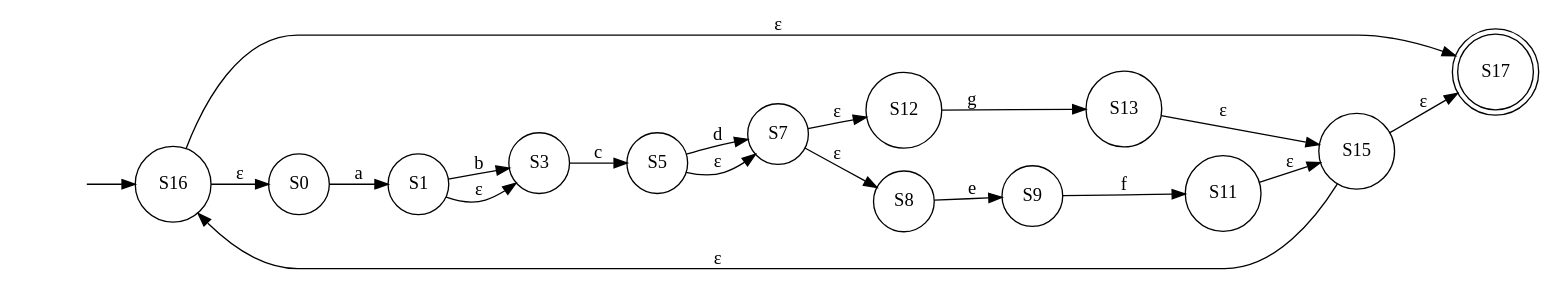
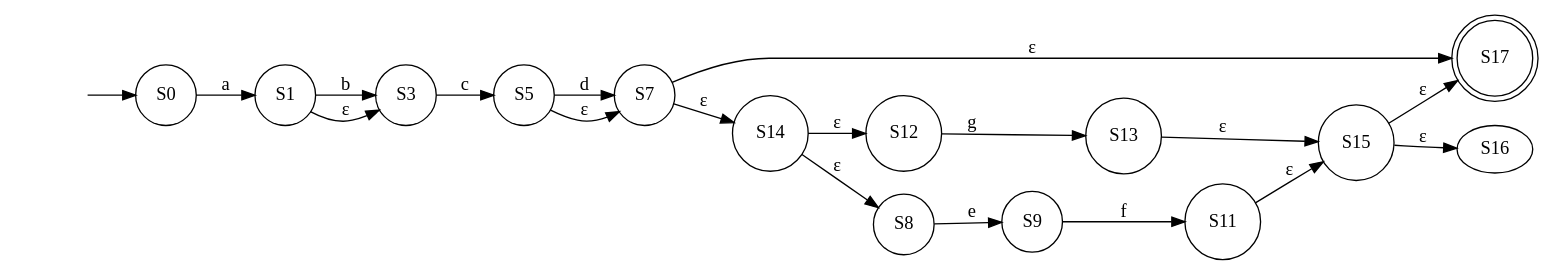
The diagram in NFA.gv (youssefhassan01/Compilers_Assignment), drawn with Graphviz before and after one commit. The commit also changed 2 other files, not shown here.

```diff
--- a/NFA.gv
+++ b/NFA.gv
@@ -1,35 +1,35 @@
 digraph NFA {
 	graph [rankdir=LR]
 	"" [label="" shape=plaintext]
 	S17 [label=S17 shape=doublecircle]
+	S1 [label=S1 shape=circle]
+	S3 [label=S3 shape=circle]
+	S14 [label=S14 shape=circle]
 	S11 [label=S11 shape=circle]
-	S5 [label=S5 shape=circle]
-	S16 [label=S16 shape=circle]
-	S3 [label=S3 shape=circle]
+	S13 [label=S13 shape=circle]
+	S9 [label=S9 shape=circle]
 	S0 [label=S0 shape=circle]
-	S15 [label=S15 shape=circle]
-	S13 [label=S13 shape=circle]
-	S1 [label=S1 shape=circle]
 	S12 [label=S12 shape=circle]
 	S7 [label=S7 shape=circle]
-	S9 [label=S9 shape=circle]
+	S15 [label=S15 shape=circle]
+	S5 [label=S5 shape=circle]
 	S8 [label=S8 shape=circle]
-	"" -> S16 [label=""]
+	"" -> S0 [label=""]
 	S0 -> S1 [label=a]
 	S1 -> S3 [label=b]
 	S1 -> S3 [label="ε"]
 	S3 -> S5 [label=c]
 	S5 -> S7 [label=d]
 	S5 -> S7 [label="ε"]
-	S7 -> S12 [label="ε"]
-	S7 -> S8 [label="ε"]
+	S7 -> S17 [label="ε"]
+	S7 -> S14 [label="ε"]
 	S8 -> S9 [label=e]
 	S9 -> S11 [label=f]
 	S11 -> S15 [label="ε"]
 	S12 -> S13 [label=g]
 	S13 -> S15 [label="ε"]
+	S14 -> S12 [label="ε"]
+	S14 -> S8 [label="ε"]
 	S15 -> S16 [label="ε"]
 	S15 -> S17 [label="ε"]
-	S16 -> S0 [label="ε"]
-	S16 -> S17 [label="ε"]
 }
```
